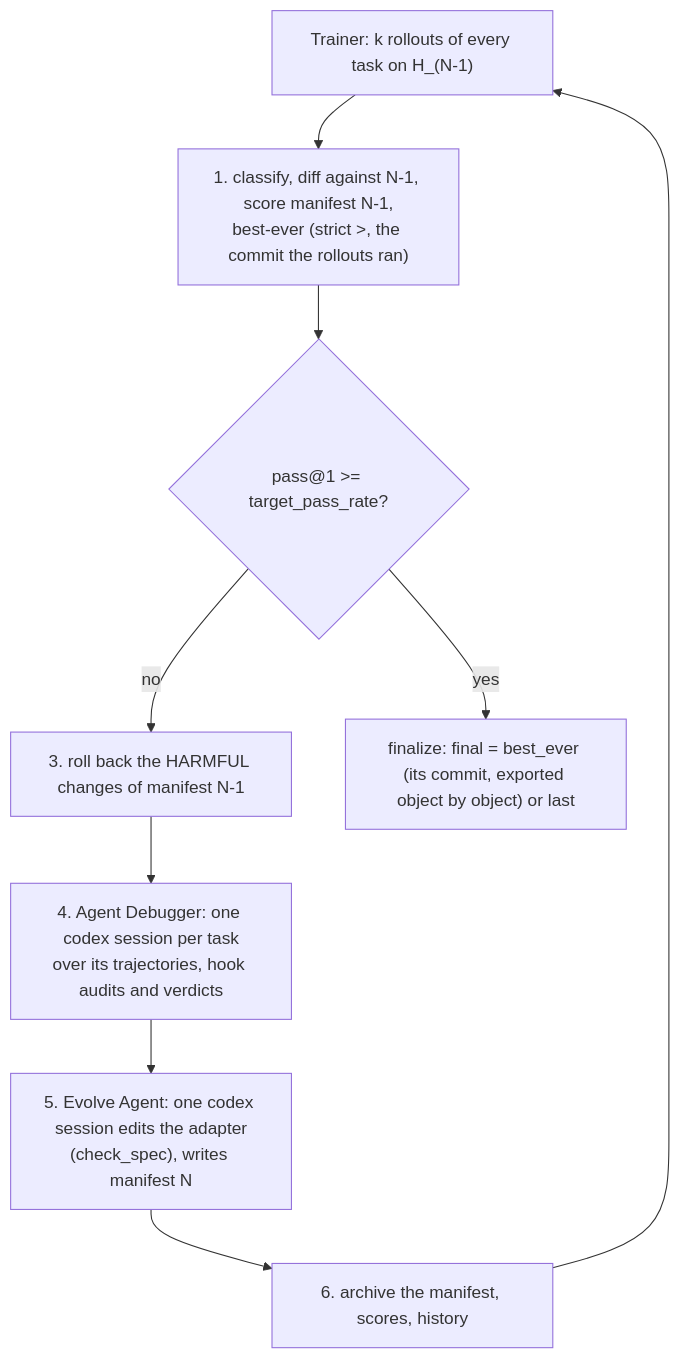
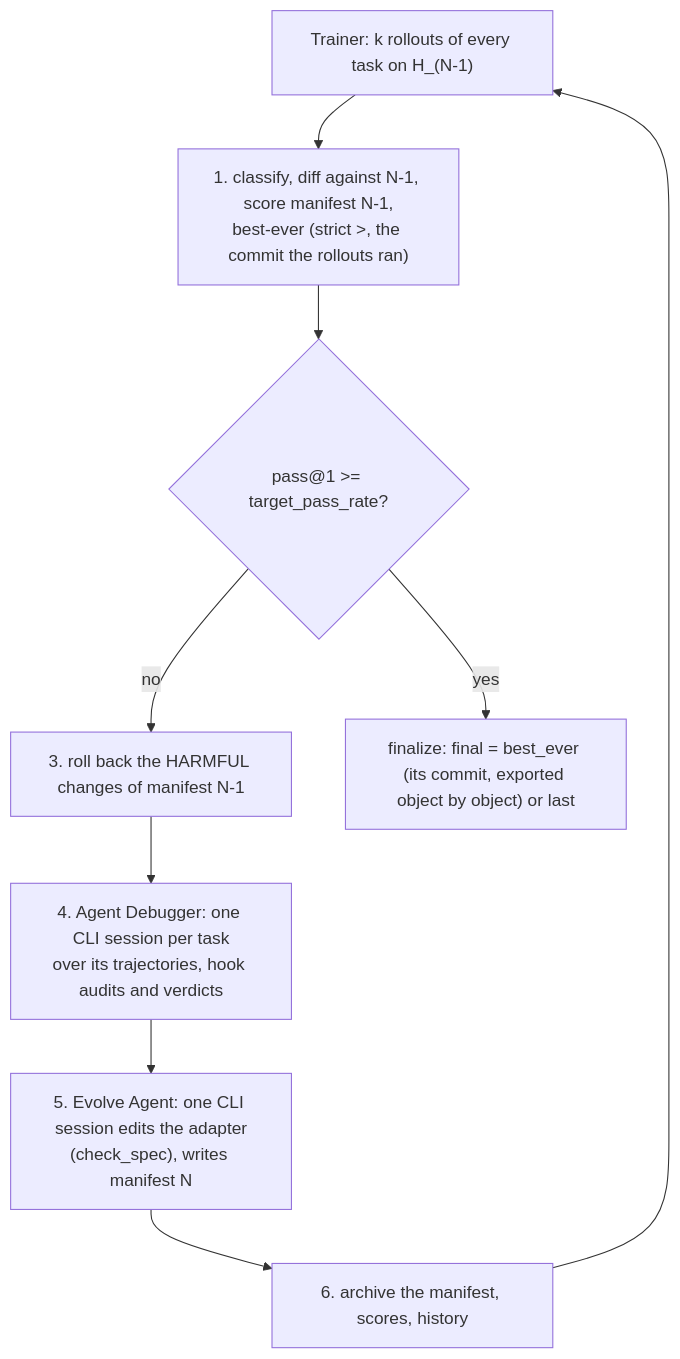
One commit to Infini-AI-Lab/hermit changed the diagram in docs/methods/ahe_adapter.md. Above: the diagram before and after it, drawn with Mermaid. The commit also changed other lines of this file and 133 other files, not shown here.

````diff
--- a/docs/methods/ahe_adapter.md
+++ b/docs/methods/ahe_adapter.md
@@ -111,14 +112,14 @@
 ```mermaid
 flowchart TD
     R["Trainer: k rollouts of every task on H_(N-1)"]
     S["1. classify, diff against N-1, score manifest N-1,<br/>best-ever (strict >, the commit the rollouts ran)"]
     E{"pass@1 >= target_pass_rate?"}
     B["3. roll back the HARMFUL changes of manifest N-1"]
-    D["4. Agent Debugger: one codex session per task<br/>over its trajectories, hook audits and verdicts"]
-    V["5. Evolve Agent: one codex session edits the adapter<br/>(check_spec), writes manifest N"]
+    D["4. Agent Debugger: one CLI session per task<br/>over its trajectories, hook audits and verdicts"]
+    V["5. Evolve Agent: one CLI session edits the adapter<br/>(check_spec), writes manifest N"]
     P["6. archive the manifest, scores, history"]
     F["finalize: final = best_ever (its commit, exported object by object) or last"]
     R --> S --> E
     E -- yes --> F
     E -- no --> B --> D --> V --> P --> R
 ```
````
